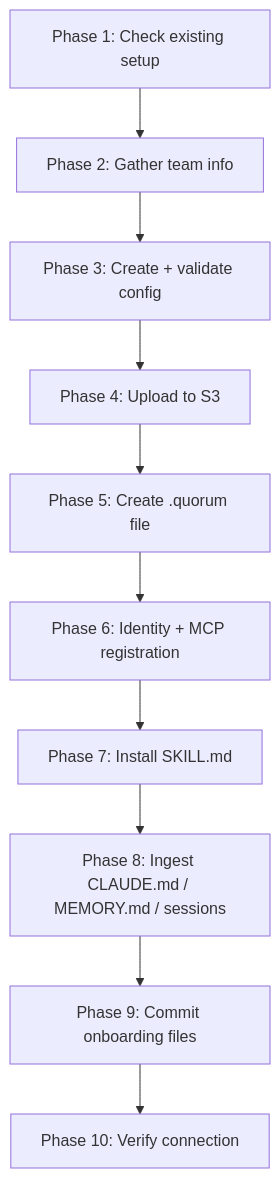
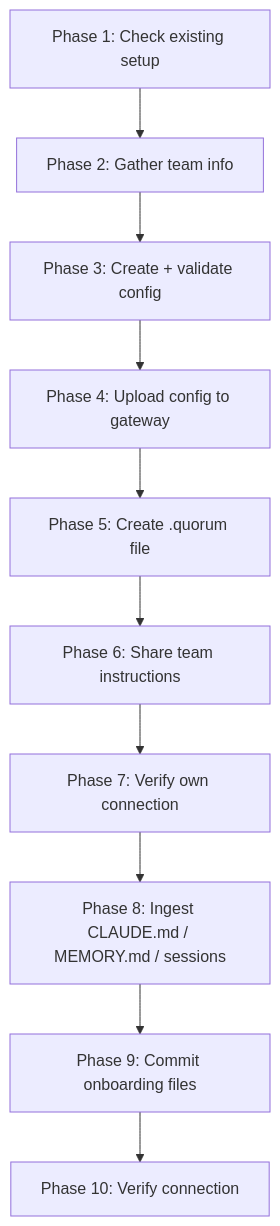
The diagram in skill/references/onboarding.md (ayansasmal/quorum-mcp), drawn with Mermaid before and after one commit. The commit also changed other lines of this file and 33 other files, not shown here.

````diff
--- a/skill/references/onboarding.md
+++ b/skill/references/onboarding.md
@@ -264,12 +294,12 @@
 ```mermaid
 flowchart TD
     P1[Phase 1: Check existing setup] --> P2[Phase 2: Gather team info]
     P2 --> P3[Phase 3: Create + validate config]
-    P3 --> P4[Phase 4: Upload to S3]
+    P3 --> P4[Phase 4: Upload config to gateway]
     P4 --> P5[Phase 5: Create .quorum file]
-    P5 --> P6[Phase 6: Identity + MCP registration]
-    P6 --> P7[Phase 7: Install SKILL.md]
+    P5 --> P6[Phase 6: Share team instructions]
+    P6 --> P7[Phase 7: Verify own connection]
     P7 --> P8[Phase 8: Ingest CLAUDE.md / MEMORY.md / sessions]
     P8 --> P9[Phase 9: Commit onboarding files]
     P9 --> P10[Phase 10: Verify connection]
 ```
````
